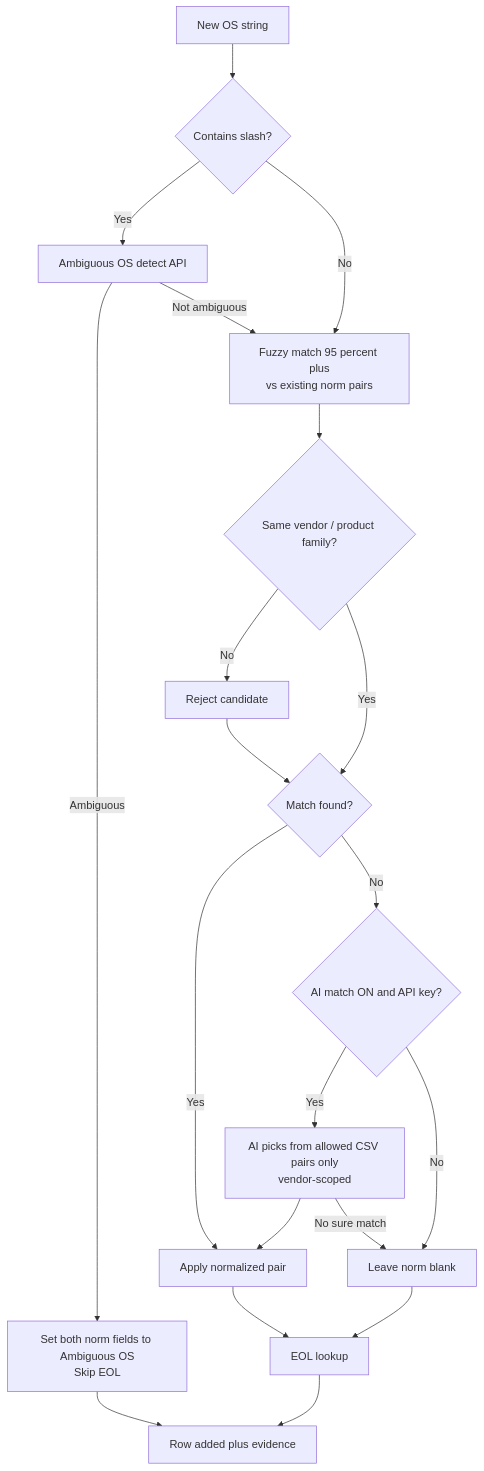
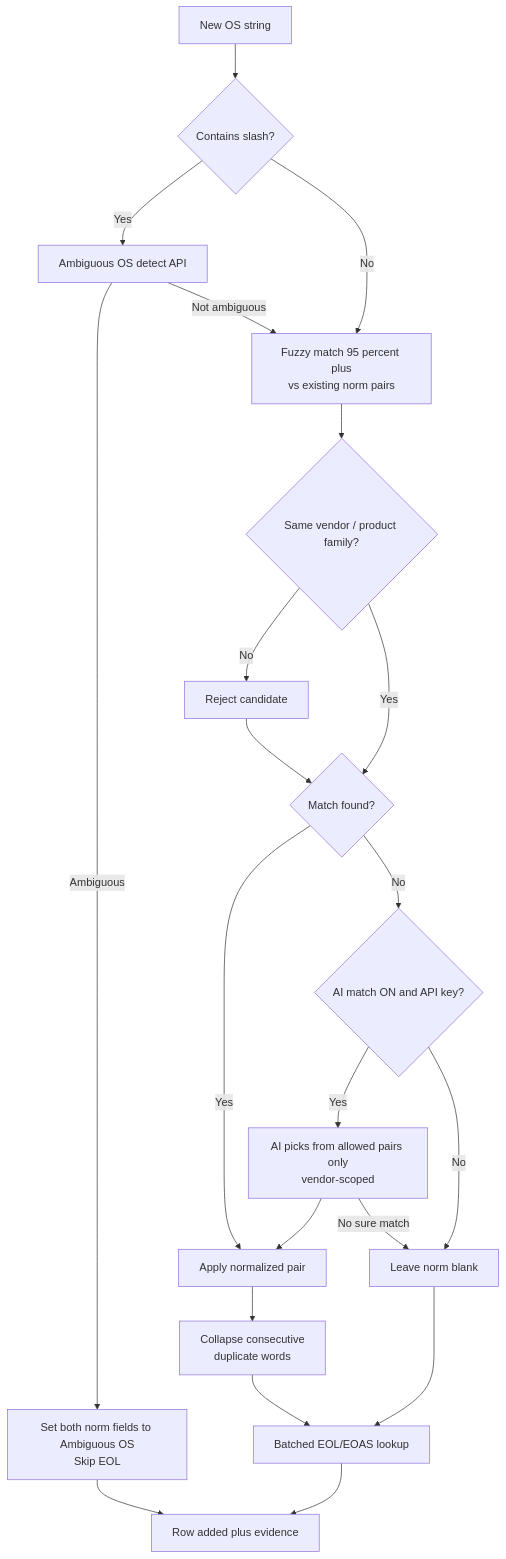
The first of 2 diagrams in README.md (jibinge0rge/OS-Health-Check), drawn with Mermaid before and after one commit. The commit also changed other lines of this file and 16 other files, not shown here.

````diff
--- a/README.md
+++ b/README.md
@@ -349,25 +390,26 @@
 ```mermaid
 flowchart TD
   Start[New OS string] --> Amb{Contains slash?}
   Amb -->|Yes| AmbAI[Ambiguous OS detect API]
   AmbAI -->|Ambiguous| AmbRow[Set both norm fields to Ambiguous OS<br/>Skip EOL]
   AmbAI -->|Not ambiguous| Fuzzy
   Amb -->|No| Fuzzy[Fuzzy match 95 percent plus<br/>vs existing norm pairs]
 
   Fuzzy --> Vendor{Same vendor / product family?}
   Vendor -->|No| Reject[Reject candidate]
   Vendor -->|Yes| FuzzyOK{Match found?}
   Reject --> FuzzyOK
 
   FuzzyOK -->|Yes| Apply[Apply normalized pair]
   FuzzyOK -->|No| AIOn{AI match ON and API key?}
-  AIOn -->|Yes| AI[AI picks from allowed CSV pairs only<br/>vendor-scoped]
+  AIOn -->|Yes| AI[AI picks from allowed pairs only<br/>vendor-scoped]
   AIOn -->|No| Empty[Leave norm blank]
   AI --> Apply
   AI -->|No sure match| Empty
 
-  Apply --> EOL[EOL lookup]
+  Apply --> Dedup[Collapse consecutive<br/>duplicate words]
   Empty --> EOL
+  Dedup --> EOL[Batched EOL/EOAS lookup]
   EOL --> Done[Row added plus evidence]
   AmbRow --> Done
 ```
````
